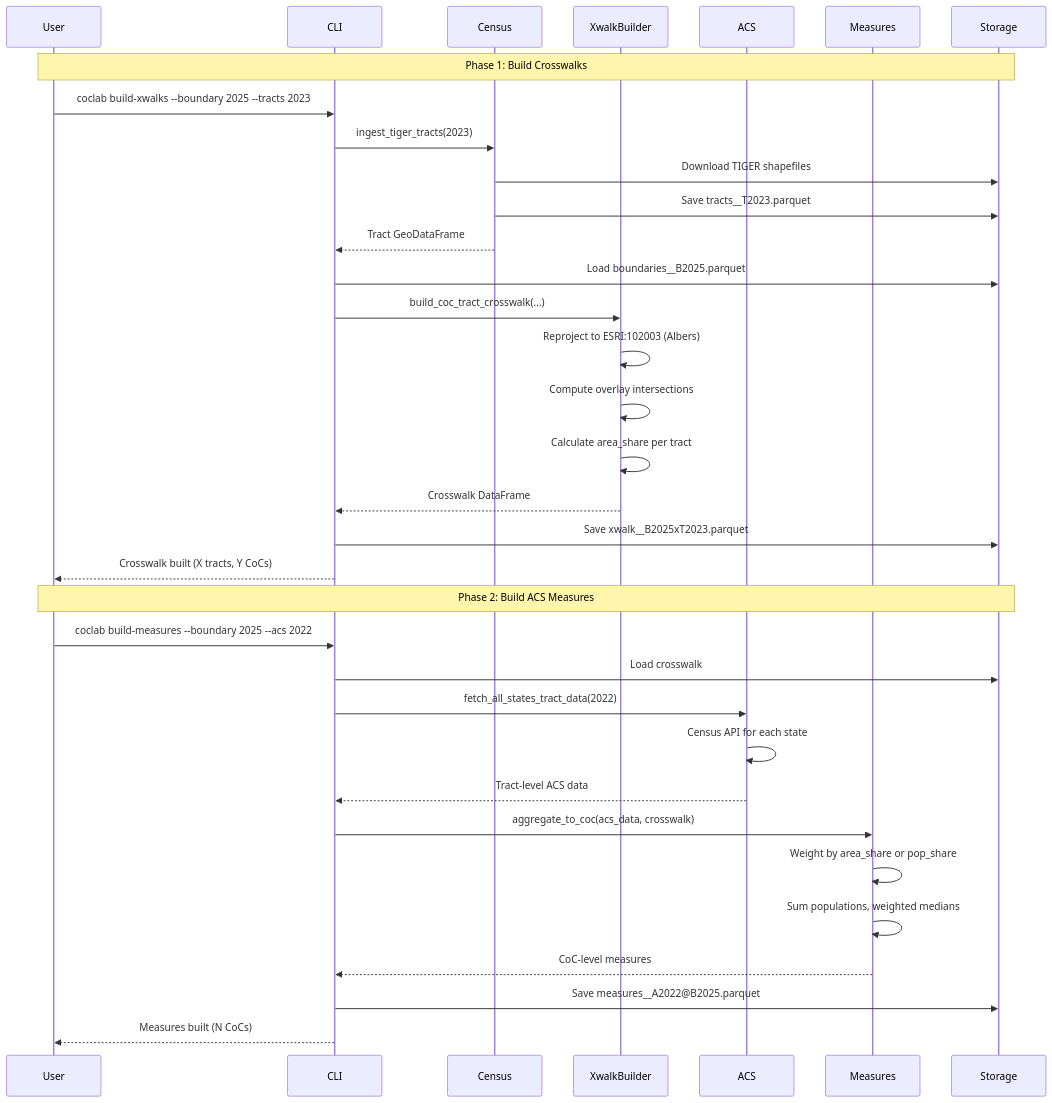
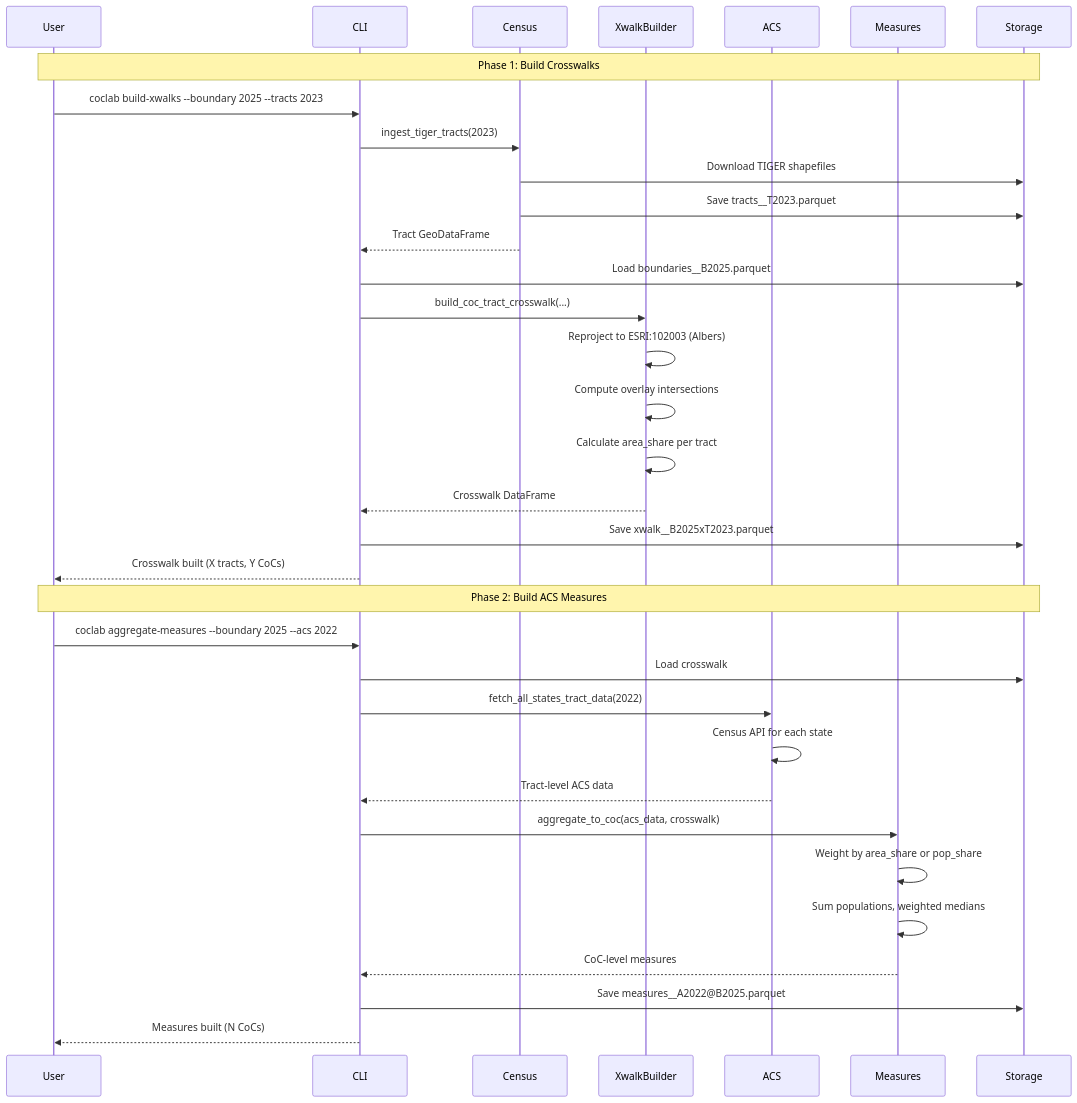
The fourth of 4 diagrams in manual-obsidian/08-Workflows.md (mlmcconnell1/HHP-Lab), drawn with Mermaid before and after one commit. The commit also changed other lines of this file and 2 other files, not shown here.

Commit message:
Update manual CLI subcommand names

````diff
--- a/manual-obsidian/08-Workflows.md
+++ b/manual-obsidian/08-Workflows.md
@@ -77,38 +77,38 @@
 ```mermaid
 sequenceDiagram
     participant User
     participant CLI
     participant Census
     participant XwalkBuilder
     participant ACS
     participant Measures
     participant Storage
 
     Note over User,Storage: Phase 1: Build Crosswalks
     User->>CLI: coclab build-xwalks --boundary 2025 --tracts 2023
     CLI->>Census: ingest_tiger_tracts(2023)
     Census->>Storage: Download TIGER shapefiles
     Census->>Storage: Save tracts__T2023.parquet
     Census-->>CLI: Tract GeoDataFrame
     CLI->>Storage: Load boundaries__B2025.parquet
     CLI->>XwalkBuilder: build_coc_tract_crosswalk(...)
     XwalkBuilder->>XwalkBuilder: Reproject to ESRI:102003 (Albers)
     XwalkBuilder->>XwalkBuilder: Compute overlay intersections
     XwalkBuilder->>XwalkBuilder: Calculate area_share per tract
     XwalkBuilder-->>CLI: Crosswalk DataFrame
     CLI->>Storage: Save xwalk__B2025xT2023.parquet
     CLI-->>User: Crosswalk built (X tracts, Y CoCs)
 
     Note over User,Storage: Phase 2: Build ACS Measures
-    User->>CLI: coclab build-measures --boundary 2025 --acs 2022
+    User->>CLI: coclab aggregate-measures --boundary 2025 --acs 2022
     CLI->>Storage: Load crosswalk
     CLI->>ACS: fetch_all_states_tract_data(2022)
     ACS->>ACS: Census API for each state
     ACS-->>CLI: Tract-level ACS data
     CLI->>Measures: aggregate_to_coc(acs_data, crosswalk)
     Measures->>Measures: Weight by area_share or pop_share
     Measures->>Measures: Sum populations, weighted medians
     Measures-->>CLI: CoC-level measures
     CLI->>Storage: Save measures__A2022@B2025.parquet
     CLI-->>User: Measures built (N CoCs)
 ```
````
